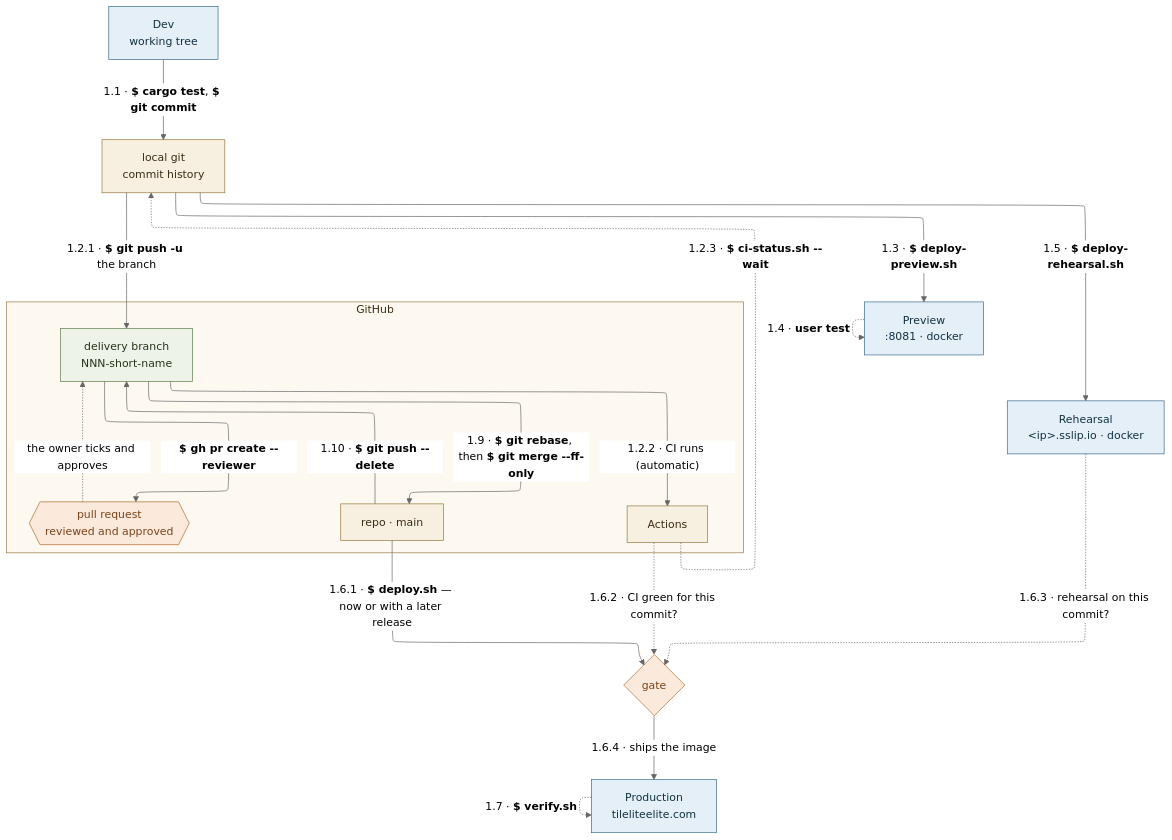
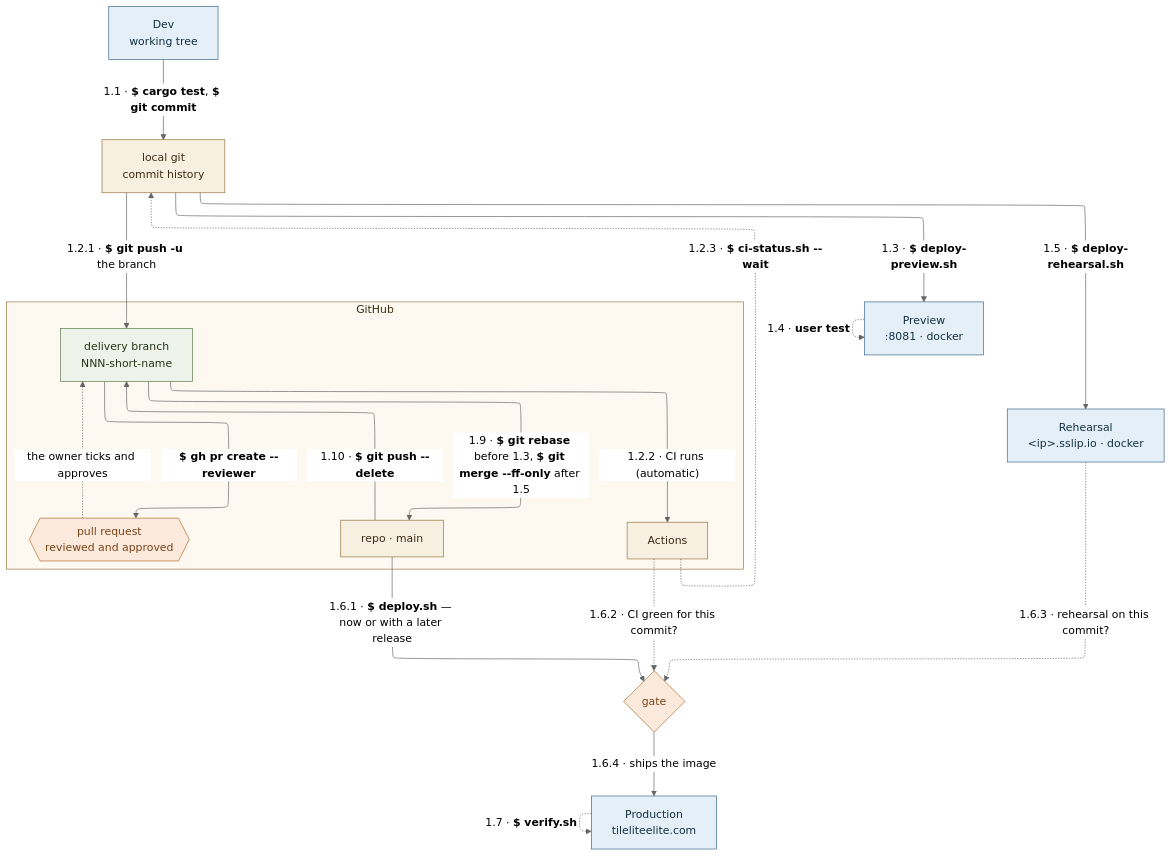
The diagram in docs/diagrams/flavour-c-single-delivery-release.mmd (delphside/tile-lite-elite), drawn with Mermaid (neutral theme) before and after one commit. The commit also changed 1 other file, not shown here.

Commit message:
app 0.9.2 api 2.16: flavour C diagram rebases before preview and fast-forwards after rehearsal
Agrees with 4.3.3 §1.9 and its shapes table.

Claude-Session: https://claude.ai/code/session_019ozRQv9Y2fBEFbYRFMibBh

```diff
--- a/docs/diagrams/flavour-c-single-delivery-release.mmd
+++ b/docs/diagrams/flavour-c-single-delivery-release.mmd
@@ -1,71 +1,72 @@
 ---
 config:
   layout: elk
   elk:
     nodePlacementStrategy: BRANDES_KOEPF
 ---
 flowchart TB
-    %% Flavour C — a release carrying one delivery. docs/4.3.3, the flavours
-    %% table: 1.1, 1.2, 1.3, 1.4, 1.5, then 1.9, then 1.6, 1.7, 1.10.
+    %% Flavour C — a release carrying one delivery. docs/4.3.3, the shapes
+    %% table: 1.1, 1.2, 1.2.4 if functional, 1.9 rebase, 1.3, 1.4, 1.5,
+    %% 1.9 fast-forward, then 1.6, 1.7, 1.10.
     %% .
     %% Arrow numbers are docs/4.3.3 part 1 section numbers, so 1.9 sitting
     %% between 1.5 and 1.6 is not a mistake in the numbering — it is the
     %% point of the flavour. The release is proved on the branch, then main
     %% takes it by fast-forward, and production deploys main.
     %% .
     %% Why that order: main is what gets deployed, so an unproven release
     %% commit on main blocks every other release until it is proven or
     %% removed. the programme's docs/1.2 section 2.2.
     %% .
     %% Since D55 (#388), 1.6 need not follow 1.9 immediately. main is the
     %% accumulating next release, so it may already carry other proven
     %% deliveries and one deploy ships them together. Nothing in the order
     %% below changes -- what changes is that the dashed wait between 1.9 and
     %% 1.6 may be days, and this is the default flavour rather than D.
     %% .
     %% Preview does not feed the gate, and this is deliberate rather than an
     %% omission — but there IS a preview gate, counted by note_gate preview
     %% in deploy.sh. What preview cannot answer is whether somebody looked
     %% and was happy; what it does answer is whether the bits stood up.
     %% .
     %% 1.5 and 1.6 start at local git rather than Dev on purpose: both
     %% scripts check the commit out into a throwaway worktree and build
     %% that, so the working tree cannot reach either environment.
     DEV["Dev<br/>working tree"]
     LG["local git<br/>commit history"]
     subgraph GH["GitHub"]
         BR["delivery branch<br/>NNN-short-name"]
         PR{{"pull request<br/>reviewed and approved"}}
         MAIN["repo · main"]
         ACT["Actions"]
     end
     STG["Preview<br/>:8081 · docker"]
     REH["Rehearsal<br/>&lt;ip&gt;.sslip.io · docker"]
     PROD["Production<br/>tileliteelite.com"]
 
     DEV -->|"`1.1 · **$ cargo test**, **$ git commit**`"| LG
     LG -->|"`1.2.1 · **$ git push -u** the branch`"| BR
     BR -->|"1.2.2 · CI runs (automatic)"| ACT
     ACT -.->|"`1.2.3 · **$ ci-status.sh --wait**`"| LG
     BR -->|"`**$ gh pr create --reviewer**`"| PR
     PR -.->|"the owner ticks and approves"| BR
     LG -->|"`1.3 · **$ deploy-preview.sh**`"| STG
     STG -.->|"`1.4 · **user test**`"| STG
     LG -->|"`1.5 · **$ deploy-rehearsal.sh**`"| REH
-    BR -->|"`1.9 · **$ git rebase**, then **$ git merge --ff-only**`"| MAIN
+    BR -->|"`1.9 · **$ git rebase** before 1.3, **$ git merge --ff-only** after 1.5`"| MAIN
     MAIN -->|"`1.6.1 · **$ deploy.sh** — now or with a later release`"| GATE{"gate"}
     ACT -.->|"1.6.2 · CI green for this commit?"| GATE
     REH -.->|"1.6.3 · rehearsal on this commit?"| GATE
     GATE -->|"1.6.4 · ships the image"| PROD
     PROD -.->|"`1.7 · **$ verify.sh**`"| PROD
     MAIN -->|"`1.10 · **$ git push --delete**`"| BR
 
     classDef gate fill:#fbe9dc,stroke:#b06a2c,color:#7a4318
     classDef env fill:#e4eff8,stroke:#39698c,color:#12303f
     classDef repo fill:#f7efe0,stroke:#96763f,color:#3a2c12
     classDef branch fill:#eef3ea,stroke:#5c7a4a,color:#243418
     class DEV,STG,REH,PROD env
     class LG,MAIN,ACT repo
     class BR branch
     class PR,GATE gate
     style GH fill:#fdf9f1,stroke:#96763f,color:#3a2c12
```
